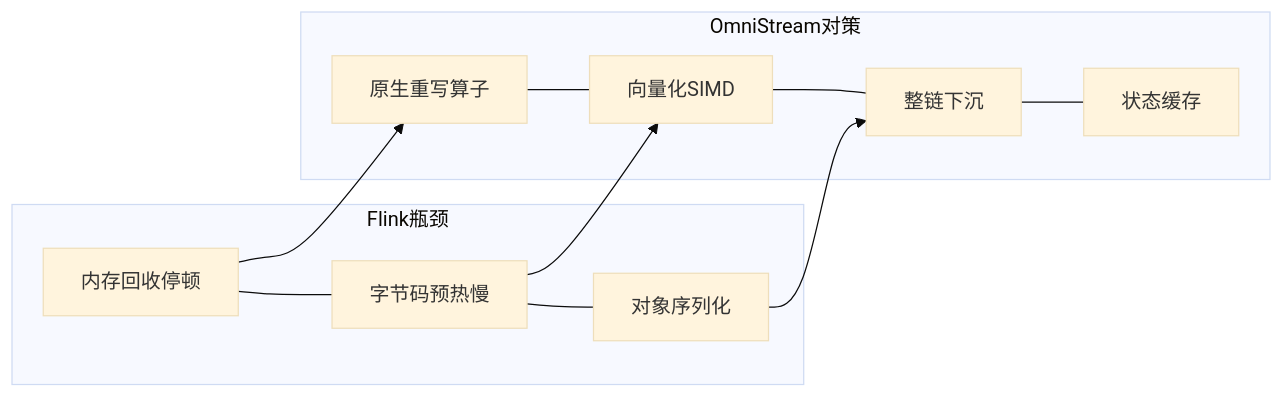
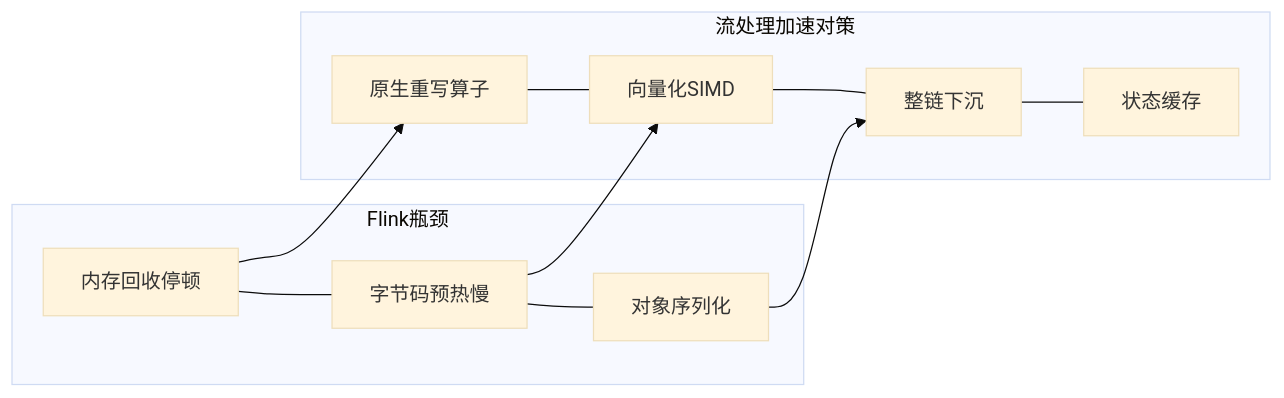
The third of 13 diagrams in backup/v1.md (int2t05/internship), drawn with Mermaid (base theme) before and after one commit. The commit also changed other lines of this file and 7 other files, not shown here.

````diff
--- a/backup/v1.md
+++ b/backup/v1.md
@@ -90,12 +90,12 @@
 ```mermaid
 flowchart LR
     subgraph Flink瓶颈
     A1[内存回收停顿] --- A2[字节码预热慢] --- A3[对象序列化]
     end
-    subgraph OmniStream对策
+    subgraph 流处理加速对策
     B1[原生重写算子] --- B2[向量化SIMD] --- B3[整链下沉] --- B4[状态缓存]
     end
     A1 --> B1
     A2 --> B2
     A3 --> B3
 ```
````
